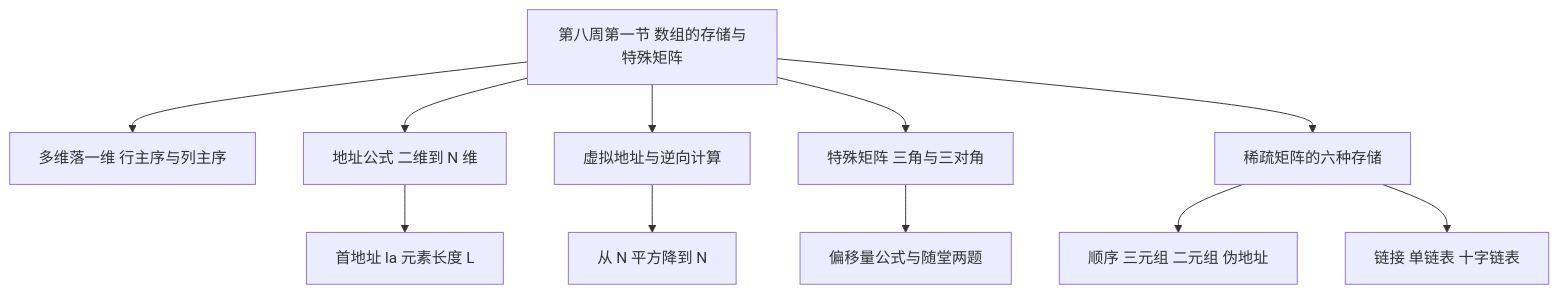
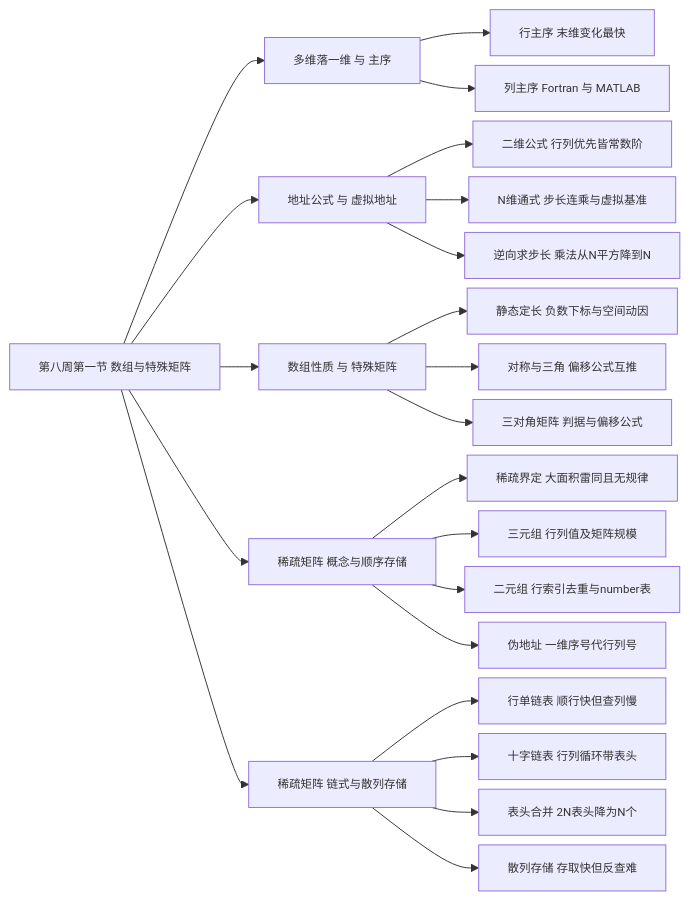
One commit to gududewangzhe/data-structures-notes changed the diagram in 数据结构 第八周第一节 数组的存储与特殊矩阵 详细版讲义.md. Above: the diagram before and after it, drawn with Mermaid. The commit also changed other lines of this file and 58 other files, not shown here.

First line of the commit message:
按节次重整全部讲义并统一插图与体例

````diff
--- a/数据结构 第八周第一节 数组的存储与特殊矩阵 详细版讲义.md
+++ b/数据结构 第八周第一节 数组的存储与特殊矩阵 详细版讲义.md
@@ -67,14 +67,31 @@
 ```mermaid
-flowchart TD
-    ROOT["第八周第一节 数组的存储与特殊矩阵"]
-    ROOT --> A["多维落一维 行主序与列主序"]
-    ROOT --> B["地址公式 二维到 N 维"]
-    ROOT --> C["虚拟地址与逆向计算"]
-    ROOT --> D["特殊矩阵 三角与三对角"]
-    ROOT --> E["稀疏矩阵的六种存储"]
-    B --> B1["首地址 la 元素长度 L"]
-    C --> C1["从 N 平方降到 N"]
-    D --> D1["偏移量公式与随堂两题"]
-    E --> E1["顺序 三元组 二元组 伪地址"]
-    E --> E2["链接 单链表 十字链表"]
+%%{init: {"flowchart": {"nodeSpacing": 10, "rankSpacing": 30, "curve": "basis"}, "themeVariables": {"fontSize": "12px"}}}%%
+flowchart LR
+    ROOT["第八周第一节 数组与特殊矩阵"]
+    ROOT --> A["多维落一维 与 主序"]
+    ROOT --> B["地址公式 与 虚拟地址"]
+    ROOT --> C["数组性质 与 特殊矩阵"]
+    ROOT --> D["稀疏矩阵 概念与顺序存储"]
+    ROOT --> E["稀疏矩阵 链式与散列存储"]
+
+    A --> A1["行主序 末维变化最快"]
+    A --> A2["列主序 Fortran 与 MATLAB"]
+
+    B --> B1["二维公式 行列优先皆常数阶"]
+    B --> B2["N维通式 步长连乘与虚拟基准"]
+    B --> B3["逆向求步长 乘法从N平方降到N"]
+
+    C --> C1["静态定长 负数下标与空间动因"]
+    C --> C2["对称与三角 偏移公式互推"]
+    C --> C3["三对角矩阵 判据与偏移公式"]
+
+    D --> D1["稀疏界定 大面积雷同且无规律"]
+    D --> D2["三元组 行列值及矩阵规模"]
+    D --> D3["二元组 行索引去重与number表"]
+    D --> D4["伪地址 一维序号代行列号"]
+
+    E --> E1["行单链表 顺行快但查列慢"]
+    E --> E2["十字链表 行列循环带表头"]
+    E --> E3["表头合并 2N表头降为N个"]
+    E --> E4["散列存储 存取快但反查难"]
 ```
````
